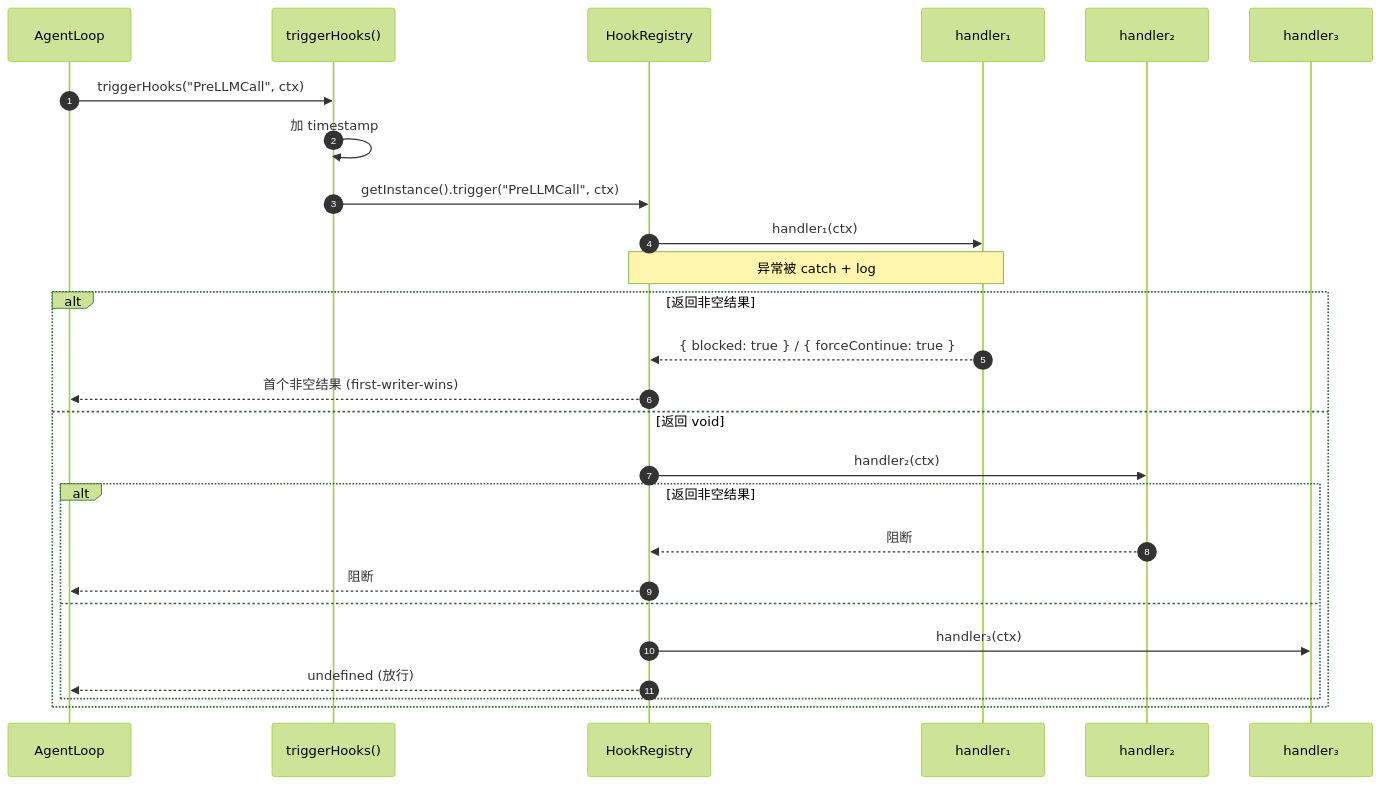
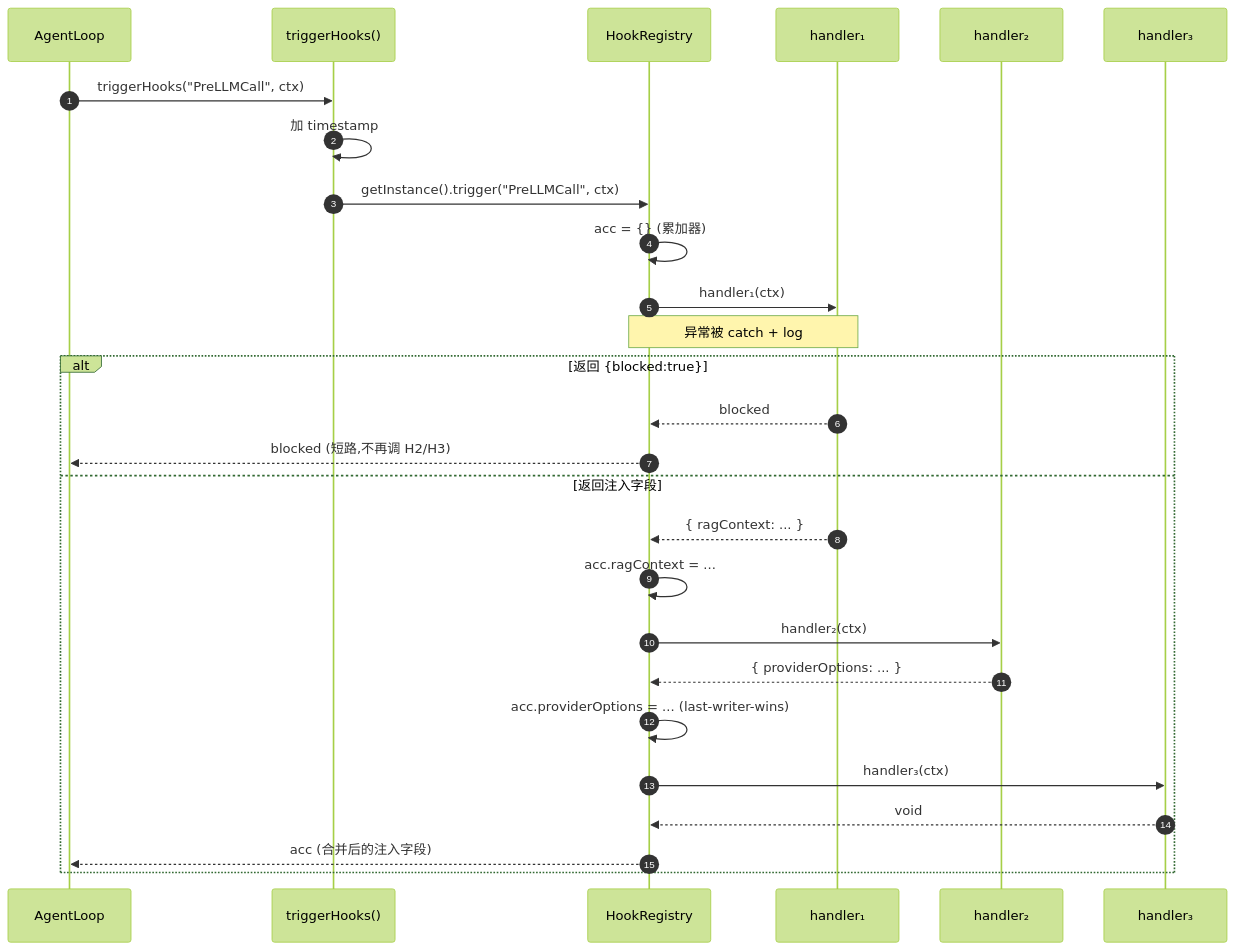
The second of 3 diagrams in docs/arch/08-cross-cutting.md (LanicBlue/zero-core), drawn with Mermaid (forest theme) before and after one commit. The commit also changed other lines of this file and 1 other file, not shown here.

````diff
--- a/docs/arch/08-cross-cutting.md
+++ b/docs/arch/08-cross-cutting.md
@@ -124,29 +129,30 @@
 ```mermaid
 sequenceDiagram
     autonumber
     participant AL as AgentLoop
     participant T as triggerHooks()
     participant R as HookRegistry
     participant H1 as handler₁
     participant H2 as handler₂
     participant H3 as handler₃
 
     AL->>T: triggerHooks("PreLLMCall", ctx)
     T->>T: 加 timestamp
     T->>R: getInstance().trigger("PreLLMCall", ctx)
+    R->>R: acc = {} (累加器)
     R->>H1: handler₁(ctx)
     Note over R,H1: 异常被 catch + log
-    alt 返回非空结果
-        H1-->>R: { blocked: true } / { forceContinue: true }
-        R-->>AL: 首个非空结果 (first-writer-wins)
-    else 返回 void
+    alt 返回 {blocked:true}
+        H1-->>R: blocked
+        R-->>AL: blocked (短路,不再调 H2/H3)
+    else 返回注入字段
+        H1-->>R: { ragContext: ... }
+        R->>R: acc.ragContext = ...
         R->>H2: handler₂(ctx)
-        alt 返回非空结果
-            H2-->>R: 阻断
-            R-->>AL: 阻断
-        else
-            R->>H3: handler₃(ctx)
-            R-->>AL: undefined (放行)
-        end
+        H2-->>R: { providerOptions: ... }
+        R->>R: acc.providerOptions = ... (last-writer-wins)
+        R->>H3: handler₃(ctx)
+        H3-->>R: void
+        R-->>AL: acc (合并后的注入字段)
     end
 ```
````
